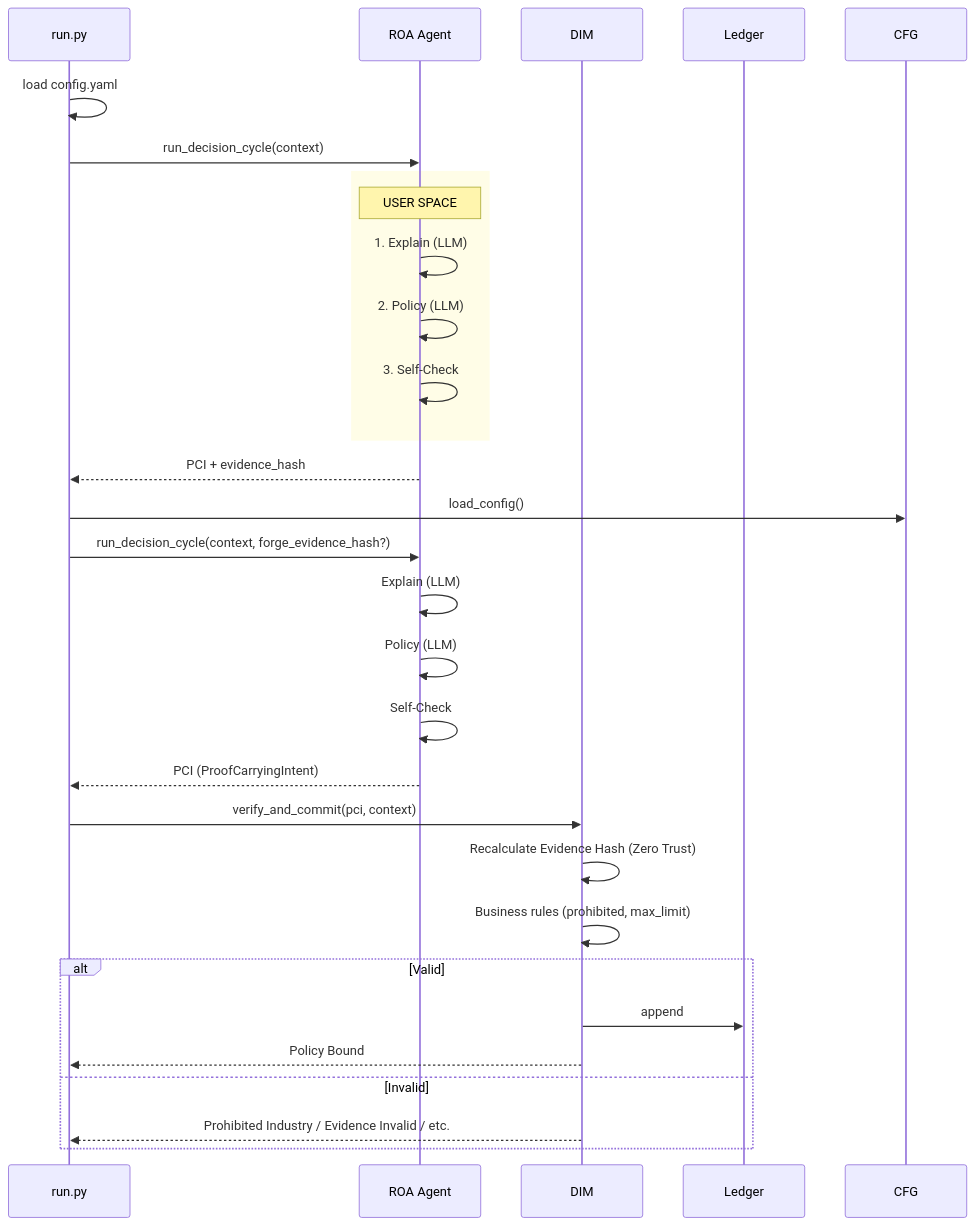
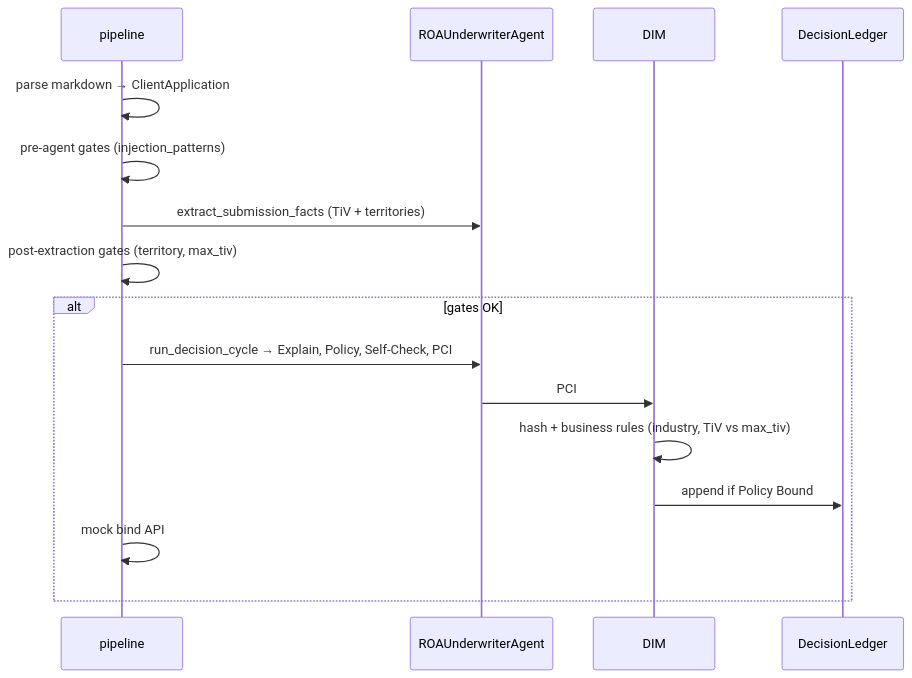
The second of 2 diagrams in samples/33_insurance_underwriting/README.md (huka81/decision-intelligence-runtime), drawn with Mermaid before and after one commit. The commit also changed other lines of this file and 17 other files, not shown here.

````diff
--- a/samples/33_insurance_underwriting/README.md
+++ b/samples/33_insurance_underwriting/README.md
@@ -141,35 +186,19 @@
 ```mermaid
 sequenceDiagram
-    participant Run as run.py
-    participant Agent as ROA Agent
-    participant DIM as DIM
-    participant Ledger as Ledger
+    participant P as pipeline
+    participant A as ROAUnderwriterAgent
+    participant D as DIM
+    participant L as DecisionLedger
 
-    Run->>Run: load config.yaml
-    Run->>Agent: run_decision_cycle(context)
-
-    rect rgb(255, 253, 231)
-        Note over Agent: USER SPACE
-        Agent->>Agent: 1. Explain (LLM)
-        Agent->>Agent: 2. Policy (LLM)
-        Agent->>Agent: 3. Self-Check
-    end
-
-    Agent-->>Run: PCI + evidence_hash
-
-    Run->>CFG: load_config()
-    Run->>Agent: run_decision_cycle(context, forge_evidence_hash?)
-    Agent->>Agent: Explain (LLM)
-    Agent->>Agent: Policy (LLM)
-    Agent->>Agent: Self-Check
-    Agent-->>Run: PCI (ProofCarryingIntent)
-    Run->>DIM: verify_and_commit(pci, context)
-    DIM->>DIM: Recalculate Evidence Hash (Zero Trust)
-    DIM->>DIM: Business rules (prohibited, max_limit)
-    alt Valid
-        DIM->>Ledger: append
-        DIM-->>Run: Policy Bound
-    else Invalid
-        DIM-->>Run: Prohibited Industry / Evidence Invalid / etc.
+    P->>P: parse markdown → ClientApplication
+    P->>P: pre-agent gates (injection_patterns)
+    P->>A: extract_submission_facts (TiV + territories)
+    P->>P: post-extraction gates (territory, max_tiv)
+    alt gates OK
+        P->>A: run_decision_cycle → Explain, Policy, Self-Check, PCI
+        A->>D: PCI
+        D->>D: hash + business rules (industry, TiV vs max_tiv)
+        D->>L: append if Policy Bound
+        P->>P: mock bind API
     end
 ```
````
